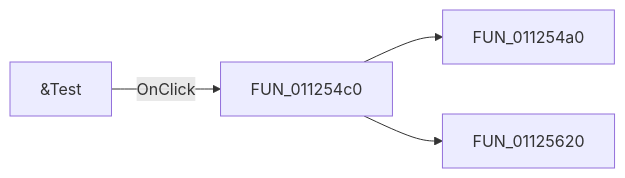
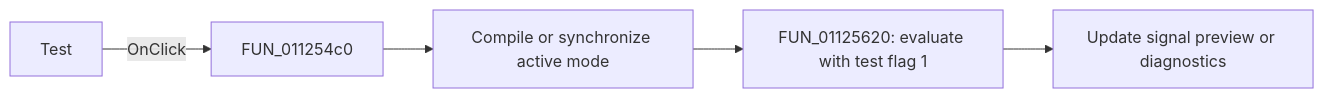
Before and after one commit to MovGP0/TIARA: the diagram in docs/ui-controls/signaleditordlg/pmitest-bcedc87561.md, drawn with Mermaid. The commit also changed other lines of this file and 1062 other files, not shown here.

````diff
--- a/docs/ui-controls/signaleditordlg/pmitest-bcedc87561.md
+++ b/docs/ui-controls/signaleditordlg/pmitest-bcedc87561.md
@@ -27,6 +33,7 @@
 ```mermaid
 flowchart LR
-    control["&Test"] -->|OnClick| handler["FUN_011254c0"]
-    handler --> call1["FUN_011254a0"]
-    handler --> call2["FUN_01125620"]
+    control["Test"] -->|"OnClick"| handler["FUN_011254c0"]
+    handler --> prepare["Compile or synchronize active mode"]
+    prepare --> evaluate["FUN_01125620: evaluate with test flag 1"]
+    evaluate --> preview["Update signal preview or diagnostics"]
 ```
````
